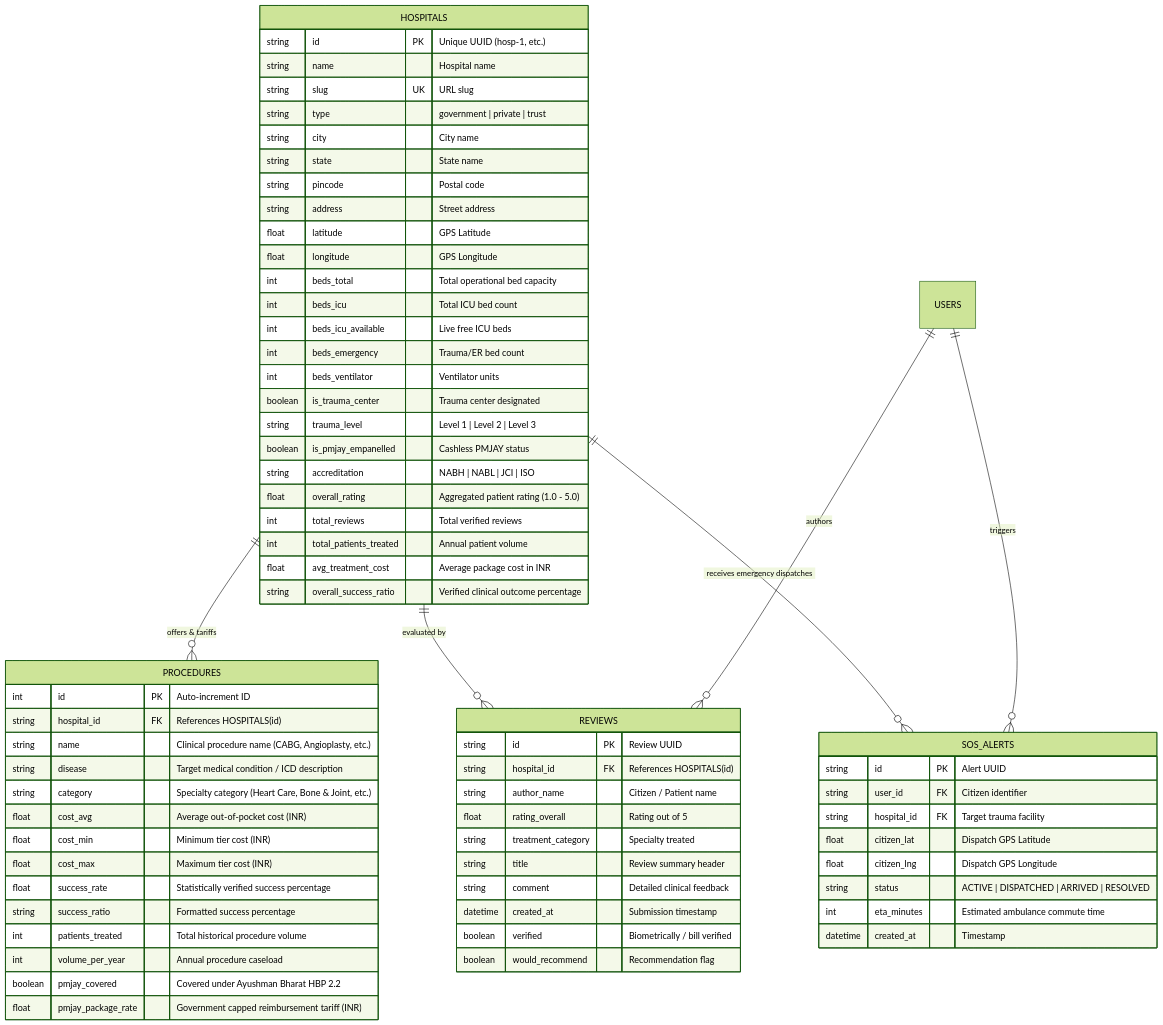
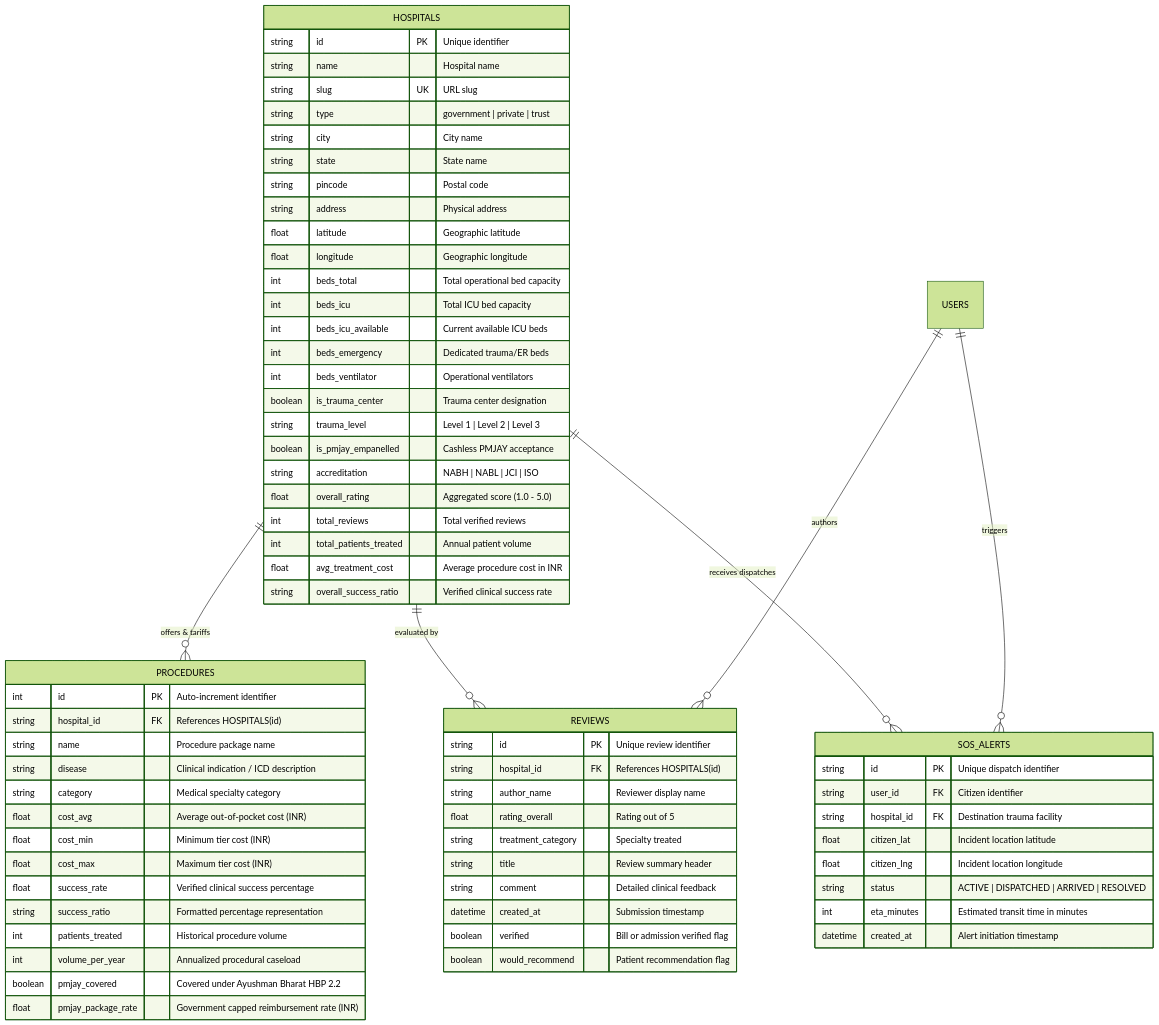
One commit to Darsh505/Med-Route changed the diagram in DATABASE.md. Above: the diagram before and after it, drawn with Mermaid (forest theme). The commit also changed other lines of this file and 1 other file, not shown here.

````diff
--- a/DATABASE.md
+++ b/DATABASE.md
@@ -26,76 +27,76 @@
 ```mermaid
 erDiagram
     HOSPITALS ||--o{ PROCEDURES : "offers & tariffs"
     HOSPITALS ||--o{ REVIEWS : "evaluated by"
-    HOSPITALS ||--o{ SOS_ALERTS : "receives emergency dispatches"
+    HOSPITALS ||--o{ SOS_ALERTS : "receives dispatches"
     USERS ||--o{ REVIEWS : "authors"
     USERS ||--o{ SOS_ALERTS : "triggers"
 
     HOSPITALS {
-        string id PK "Unique UUID (hosp-1, etc.)"
+        string id PK "Unique identifier"
         string name "Hospital name"
         string slug UK "URL slug"
         string type "government | private | trust"
         string city "City name"
         string state "State name"
         string pincode "Postal code"
-        string address "Street address"
-        float latitude "GPS Latitude"
-        float longitude "GPS Longitude"
+        string address "Physical address"
+        float latitude "Geographic latitude"
+        float longitude "Geographic longitude"
         int beds_total "Total operational bed capacity"
-        int beds_icu "Total ICU bed count"
-        int beds_icu_available "Live free ICU beds"
-        int beds_emergency "Trauma/ER bed count"
-        int beds_ventilator "Ventilator units"
-        boolean is_trauma_center "Trauma center designated"
+        int beds_icu "Total ICU bed capacity"
+        int beds_icu_available "Current available ICU beds"
+        int beds_emergency "Dedicated trauma/ER beds"
+        int beds_ventilator "Operational ventilators"
+        boolean is_trauma_center "Trauma center designation"
         string trauma_level "Level 1 | Level 2 | Level 3"
-        boolean is_pmjay_empanelled "Cashless PMJAY status"
+        boolean is_pmjay_empanelled "Cashless PMJAY acceptance"
         string accreditation "NABH | NABL | JCI | ISO"
-        float overall_rating "Aggregated patient rating (1.0 - 5.0)"
+        float overall_rating "Aggregated score (1.0 - 5.0)"
         int total_reviews "Total verified reviews"
         int total_patients_treated "Annual patient volume"
-        float avg_treatment_cost "Average package cost in INR"
-        string overall_success_ratio "Verified clinical outcome percentage"
+        float avg_treatment_cost "Average procedure cost in INR"
+        string overall_success_ratio "Verified clinical success rate"
     }
 
     PROCEDURES {
-        int id PK "Auto-increment ID"
+        int id PK "Auto-increment identifier"
         string hospital_id FK "References HOSPITALS(id)"
-        string name "Clinical procedure name (CABG, Angioplasty, etc.)"
-        string disease "Target medical condition / ICD description"
-        string category "Specialty category (Heart Care, Bone & Joint, etc.)"
+        string name "Procedure package name"
+        string disease "Clinical indication / ICD description"
+        string category "Medical specialty category"
         float cost_avg "Average out-of-pocket cost (INR)"
         float cost_min "Minimum tier cost (INR)"
         float cost_max "Maximum tier cost (INR)"
-        float success_rate "Statistically verified success percentage"
-        string success_ratio "Formatted success percentage"
-        int patients_treated "Total historical procedure volume"
-        int volume_per_year "Annual procedure caseload"
+        float success_rate "Verified clinical success percentage"
+        string success_ratio "Formatted percentage representation"
+        int patients_treated "Historical procedure volume"
+        int volume_per_year "Annualized procedural caseload"
         boolean pmjay_covered "Covered under Ayushman Bharat HBP 2.2"
-        float pmjay_package_rate "Government capped reimbursement tariff (INR)"
+        float pmjay_package_rate "Government capped reimbursement rate (INR)"
     }
 
     REVIEWS {
-        string id PK "Review UUID"
+        string id PK "Unique review identifier"
         string hospital_id FK "References HOSPITALS(id)"
-        string author_name "Citizen / Patient name"
+        string author_name "Reviewer display name"
         float rating_overall "Rating out of 5"
         string treatment_category "Specialty treated"
         string title "Review summary header"
         string comment "Detailed clinical feedback"
         datetime created_at "Submission timestamp"
-        boolean verified "Biometrically / bill verified"
-        boolean would_recommend "Recommendation flag"
+        boolean verified "Bill or admission verified flag"
+        boolean would_recommend "Patient recommendation flag"
     }
 
     SOS_ALERTS {
-        string id PK "Alert UUID"
+        string id PK "Unique dispatch identifier"
         string user_id FK "Citizen identifier"
-        string hospital_id FK "Target trauma facility"
-        float citizen_lat "Dispatch GPS Latitude"
-        float citizen_lng "Dispatch GPS Longitude"
+        string hospital_id FK "Destination trauma facility"
+        float citizen_lat "Incident location latitude"
+        float citizen_lng "Incident location longitude"
         string status "ACTIVE | DISPATCHED | ARRIVED | RESOLVED"
-        int eta_minutes "Estimated ambulance commute time"
-        datetime created_at "Timestamp"
+        int eta_minutes "Estimated transit time in minutes"
+        datetime created_at "Alert initiation timestamp"
     }
 ```
````
